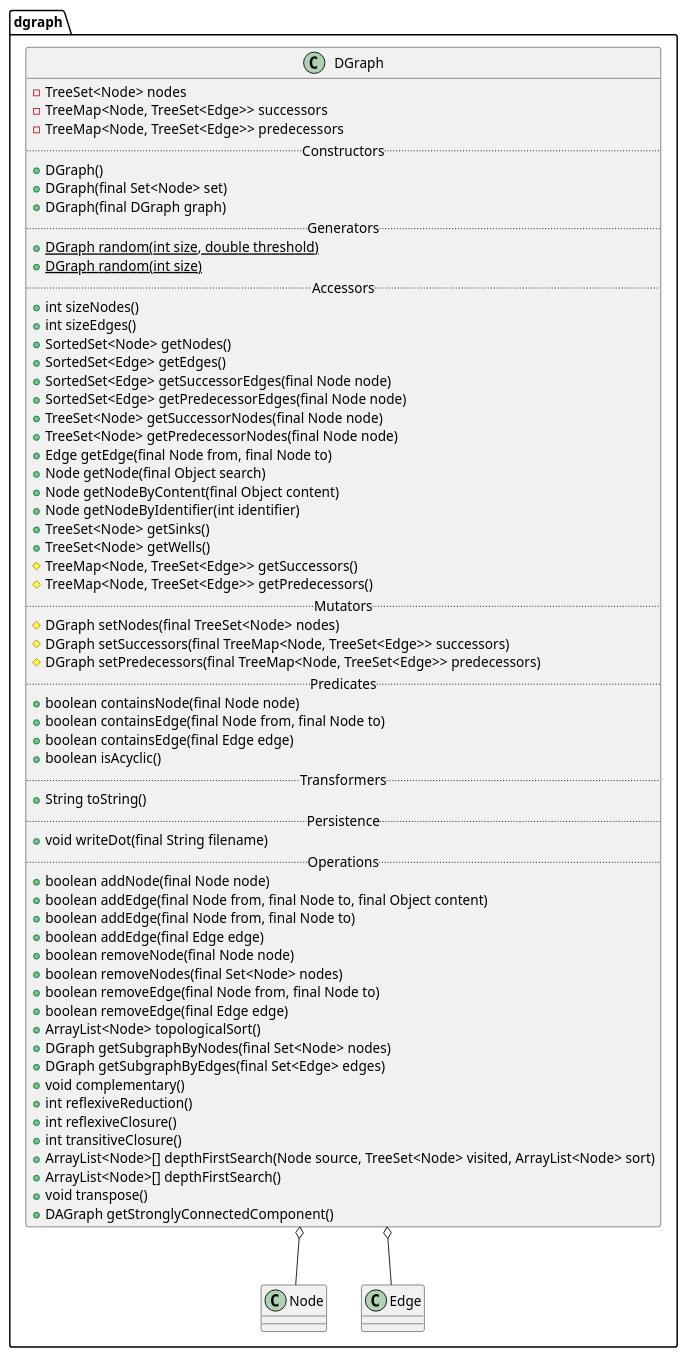
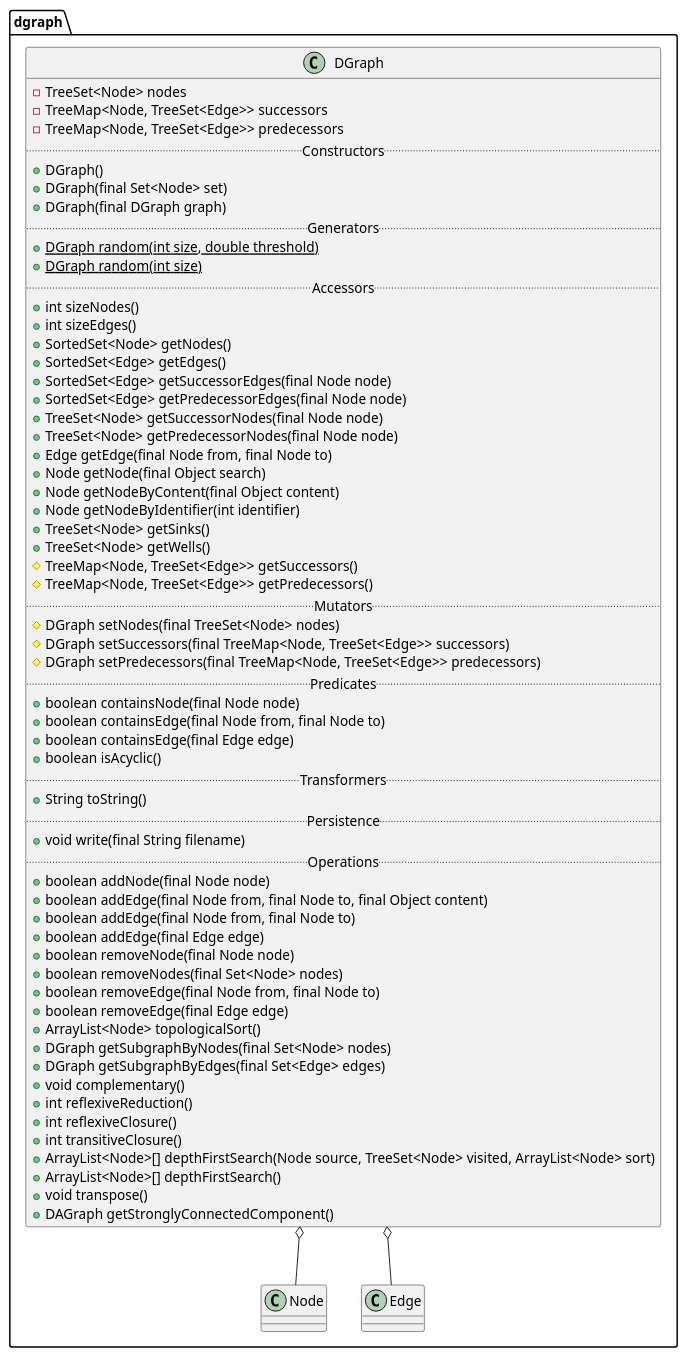
One commit to thegalactic/java-lattices changed the diagram in src/dgraph/DGraph.iuml. Above: the diagram before and after it, drawn with PlantUML. The commit also changed 21 other files, not shown here.

```diff
--- a/src/dgraph/DGraph.iuml
+++ b/src/dgraph/DGraph.iuml
@@ -1,67 +1,67 @@
 package dgraph {
     class DGraph {
         -TreeSet<Node> nodes
         -TreeMap<Node, TreeSet<Edge>> successors
         -TreeMap<Node, TreeSet<Edge>> predecessors
         .. Constructors ..
         +DGraph()
         +DGraph(final Set<Node> set)
         +DGraph(final DGraph graph)
         .. Generators ..
         +{static}DGraph random(int size, double threshold)
         +{static}DGraph random(int size)
         .. Accessors ..
         +int sizeNodes()
         +int sizeEdges()
         +SortedSet<Node> getNodes()
         +SortedSet<Edge> getEdges()
         +SortedSet<Edge> getSuccessorEdges(final Node node)
         +SortedSet<Edge> getPredecessorEdges(final Node node)
         +TreeSet<Node> getSuccessorNodes(final Node node)
         +TreeSet<Node> getPredecessorNodes(final Node node)
         +Edge getEdge(final Node from, final Node to)
         +Node getNode(final Object search)
         +Node getNodeByContent(final Object content)
         +Node getNodeByIdentifier(int identifier)
         +TreeSet<Node> getSinks()
         +TreeSet<Node> getWells()
         #TreeMap<Node, TreeSet<Edge>> getSuccessors()
         #TreeMap<Node, TreeSet<Edge>> getPredecessors()
         .. Mutators ..
         #DGraph setNodes(final TreeSet<Node> nodes)
         #DGraph setSuccessors(final TreeMap<Node, TreeSet<Edge>> successors)
         #DGraph setPredecessors(final TreeMap<Node, TreeSet<Edge>> predecessors)
         .. Predicates ..
         +boolean containsNode(final Node node)
         +boolean containsEdge(final Node from, final Node to)
         +boolean containsEdge(final Edge edge)
         +boolean isAcyclic()
         .. Transformers ..
         +String toString()
         .. Persistence ..
-        +void writeDot(final String filename)
+        +void write(final String filename)
         .. Operations ..
         +boolean addNode(final Node node)
         +boolean addEdge(final Node from, final Node to, final Object content)
         +boolean addEdge(final Node from, final Node to)
         +boolean addEdge(final Edge edge)
         +boolean removeNode(final Node node)
         +boolean removeNodes(final Set<Node> nodes)
         +boolean removeEdge(final Node from, final Node to)
         +boolean removeEdge(final Edge edge)
         +ArrayList<Node> topologicalSort()
         +DGraph getSubgraphByNodes(final Set<Node> nodes)
         +DGraph getSubgraphByEdges(final Set<Edge> edges)
         +void complementary()
         +int reflexiveReduction()
         +int reflexiveClosure()
         +int transitiveClosure()
         +ArrayList<Node>[] depthFirstSearch(Node source, TreeSet<Node> visited, ArrayList<Node> sort)
         +ArrayList<Node>[] depthFirstSearch()
         +void transpose()
         +DAGraph getStronglyConnectedComponent()
     }
 
     DGraph o-- Node
     DGraph o-- Edge
 }
```
